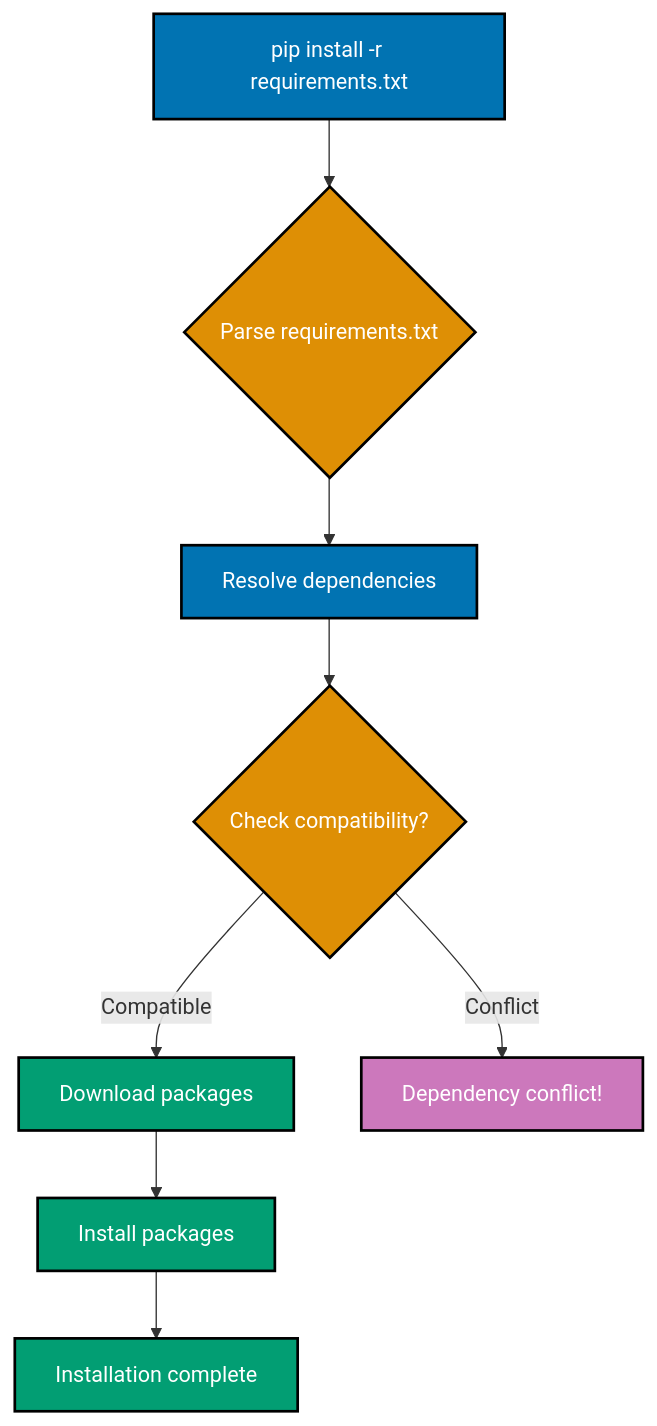
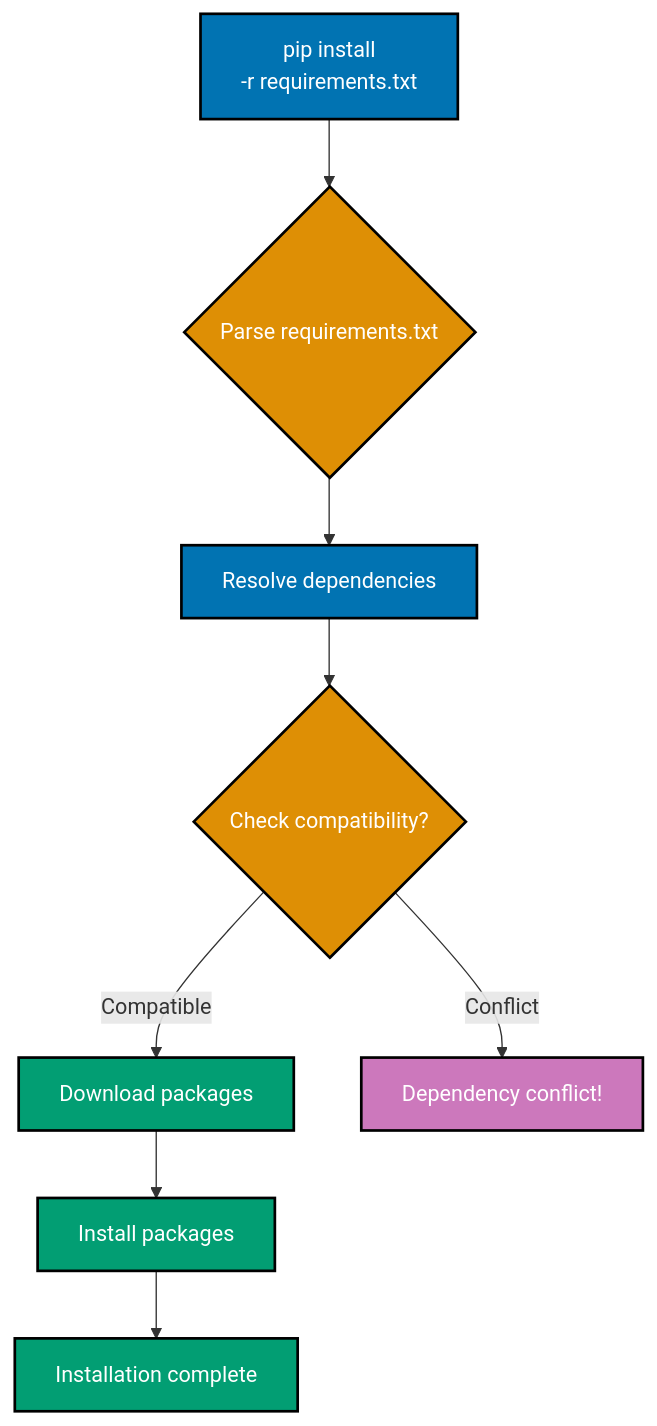
Before and after one commit to wahidyankf/open-sharia-enterprise: the first of 6 diagrams in docs/explanation/software-engineering/programming-languages/python/modules-and-dependencies.md, drawn with Mermaid. The commit also changed other lines of this file and 12 other files, not shown here.

First line of the commit message:
fix(docs): fix mermaid violations in python docs

````diff
--- a/docs/explanation/software-engineering/programming-languages/python/modules-and-dependencies.md
+++ b/docs/explanation/software-engineering/programming-languages/python/modules-and-dependencies.md
@@ -76,25 +76,25 @@
 ```mermaid
 %% Color Palette: Blue #0173B2, Orange #DE8F05, Teal #029E73, Purple #CC78BC, Brown #CA9161
 graph TD
-  A[pip install -r requirements.txt]:::blue
+  A["pip install<br/>-r requirements.txt"]:::blue
   B{Parse requirements.txt}:::orange
   C[Resolve dependencies]:::blue
   D{Check compatibility?}:::orange
   E[Download packages]:::teal
   F[Install packages]:::teal
   G[Dependency conflict!]:::purple
   H[Installation complete]:::teal
 
   A --> B
   B --> C
   C --> D
   D -->|Compatible| E
   D -->|Conflict| G
   E --> F
   F --> H
 
   classDef blue fill:#0173B2,stroke:#000000,color:#FFFFFF,stroke-width:2px
   classDef orange fill:#DE8F05,stroke:#000000,color:#FFFFFF,stroke-width:2px
   classDef teal fill:#029E73,stroke:#000000,color:#FFFFFF,stroke-width:2px
   classDef purple fill:#CC78BC,stroke:#000000,color:#FFFFFF,stroke-width:2px
 ```
````
